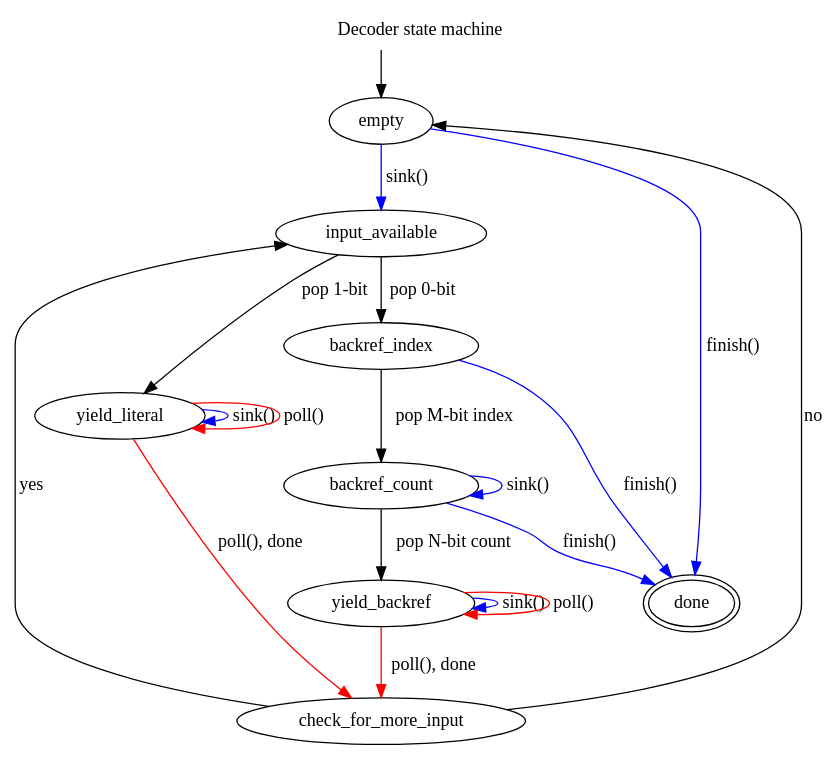
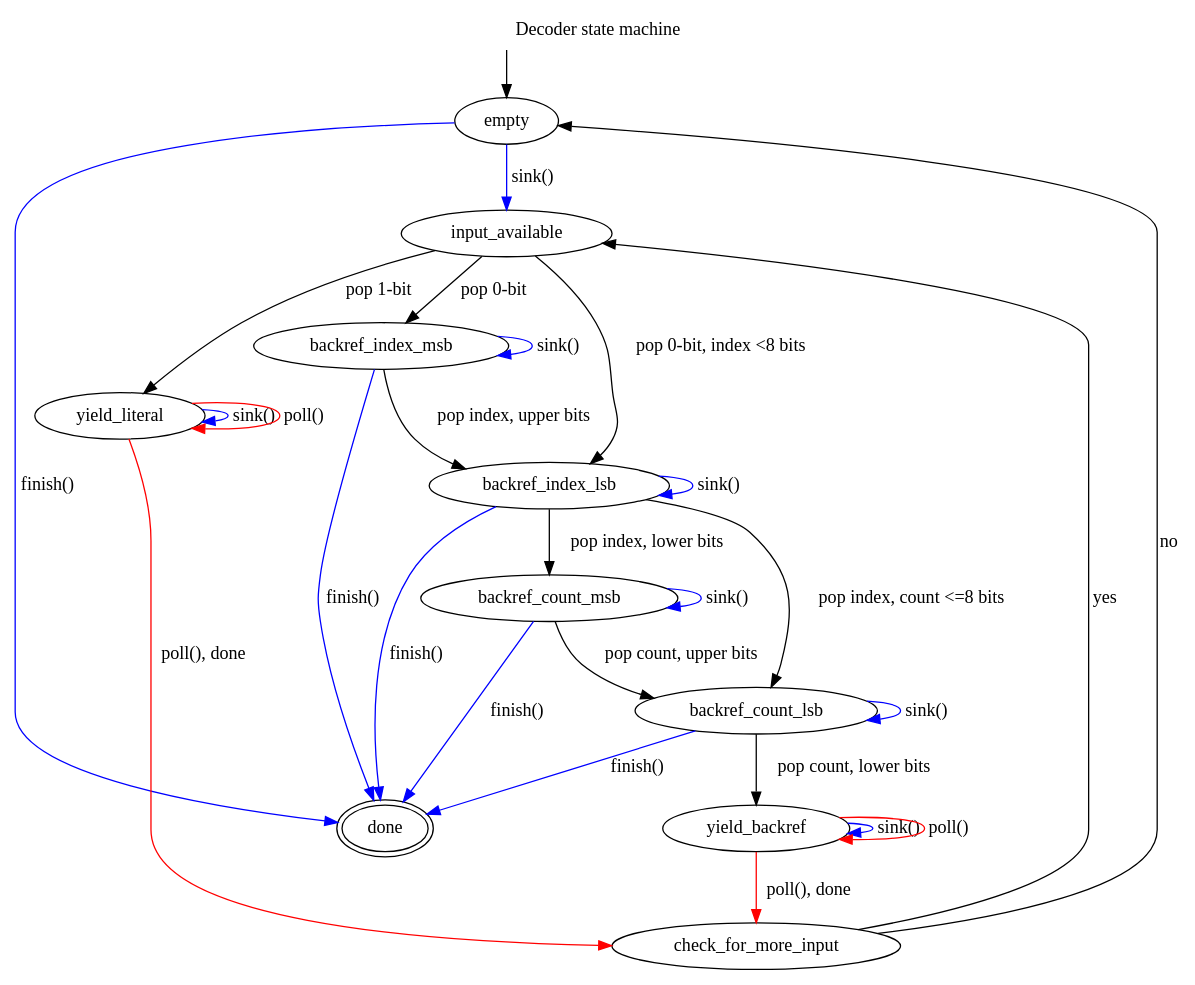
Before and after one commit to atomicobject/heatshrink: the diagram in dec_sm.dot, drawn with Graphviz.

Commit message:
Update decoder state machine diagram to reflect MSB/LSB split

```diff
--- a/dec_sm.dot
+++ b/dec_sm.dot
@@ -1,39 +1,52 @@
 digraph {
         graph [label="Decoder state machine", labelloc="t"]
         Start [style="invis", shape="point"]
         empty
         input_available
         yield_literal
-        backref_index
-        backref_count
+        backref_index_msb
+        backref_index_lsb
+        backref_count_msb
+        backref_count_lsb
         yield_backref
         check_for_more_input
         done [peripheries=2]
 
         empty->input_available [label="sink()", color="blue", weight=10]
         Start->empty
 
         input_available->yield_literal [label="pop 1-bit"]
-        input_available->backref_index [label="pop 0-bit", weight=10]
+        input_available->backref_index_msb [label="pop 0-bit", weight=10]
+        input_available->backref_index_lsb [label="pop 0-bit, index <8 bits", weight=10]
 
         yield_literal->yield_literal [label="sink()", color="blue"]
         yield_literal->yield_literal [label="poll()", color="red"]
         yield_literal->check_for_more_input [label="poll(), done", color="red"]
         
-        backref_index->backref_count [label="pop M-bit index", weight=10]
-        backref_index->done [label="finish()", color="blue"]
+        backref_index_msb->backref_index_msb [label="sink()", color="blue"]
+        backref_index_msb->backref_index_lsb [label="pop index, upper bits", weight=10]
+        backref_index_msb->done [label="finish()", color="blue"]
 
-        backref_count->backref_count [label="sink()", color="blue"]
-        backref_count->yield_backref [label="pop N-bit count", weight=10]
-        backref_count->done [label="finish()", color="blue"]
+        backref_index_lsb->backref_index_lsb [label="sink()", color="blue"]
+        backref_index_lsb->backref_count_msb [label="pop index, lower bits", weight=10]
+        backref_index_lsb->backref_count_lsb [label="pop index, count <=8 bits", weight=10]
+        backref_index_lsb->done [label="finish()", color="blue"]
+
+        backref_count_msb->backref_count_msb [label="sink()", color="blue"]
+        backref_count_msb->backref_count_lsb [label="pop count, upper bits", weight=10]
+        backref_count_msb->done [label="finish()", color="blue"]
+
+        backref_count_lsb->backref_count_lsb [label="sink()", color="blue"]
+        backref_count_lsb->yield_backref [label="pop count, lower bits", weight=10]
+        backref_count_lsb->done [label="finish()", color="blue"]
 
         yield_backref->yield_backref [label="sink()", color="blue"]
         yield_backref->yield_backref [label="poll()", color="red"]
         yield_backref->check_for_more_input [label="poll(), done",
             color="red", weight=10]
 
         check_for_more_input->empty [label="no"]
         check_for_more_input->input_available [label="yes"]
 
         empty->done [label="finish()", color="blue"]
 }
```
